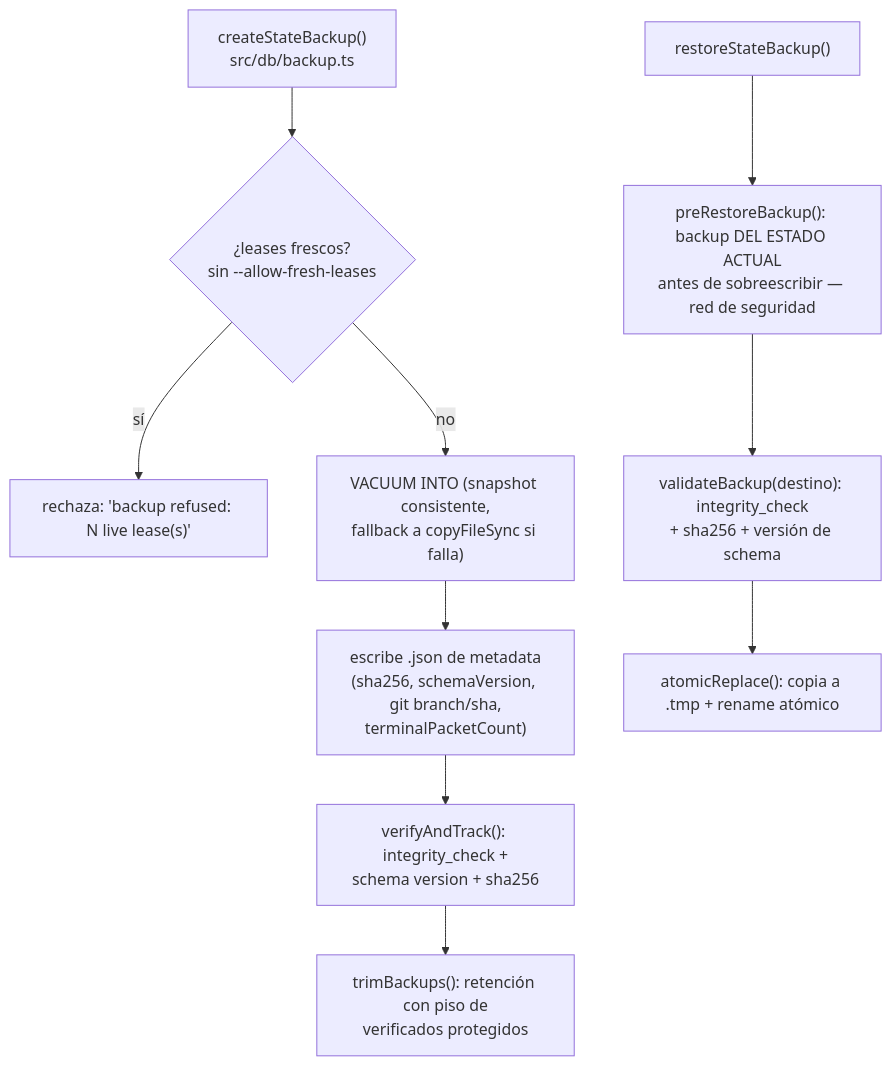
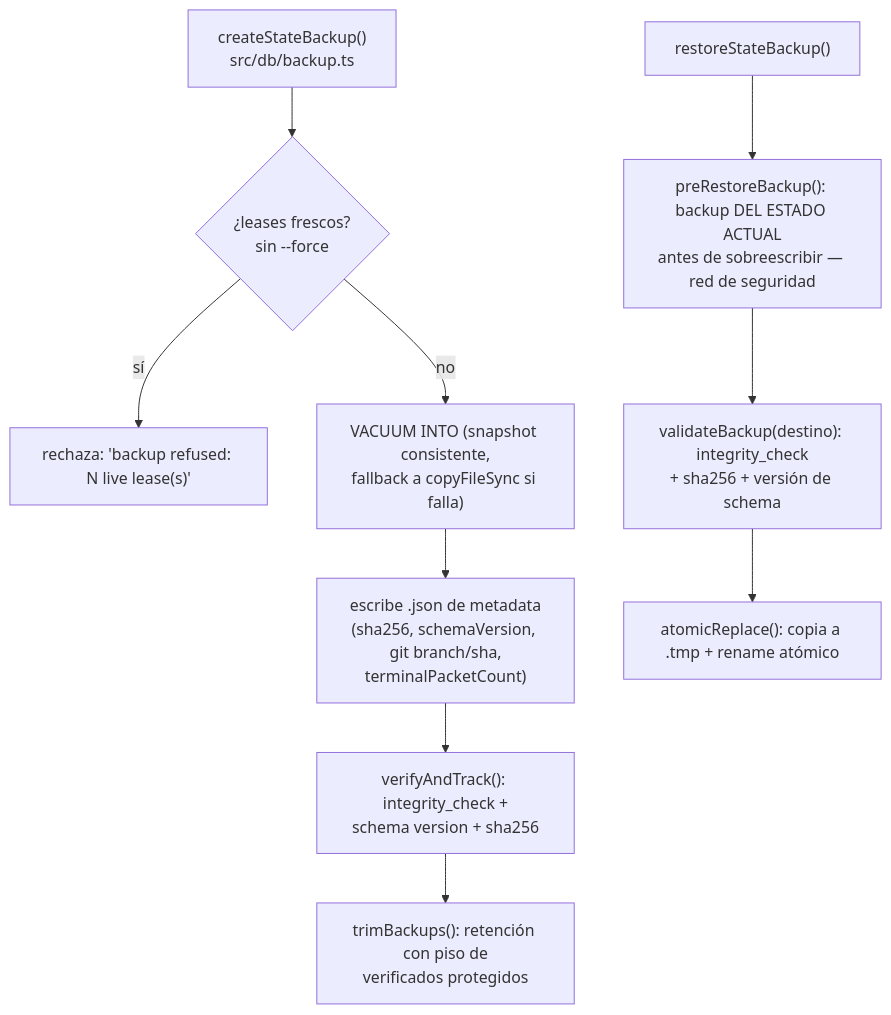
One commit to santiv343/sv-playbook changed the first of 2 diagrams in docs/codebase-guide/flows/flow-11-secondary-flows.md. Above: the diagram before and after it, drawn with Mermaid. The commit also changed other lines of this file and 10 other files, not shown here.

````diff
--- a/docs/codebase-guide/flows/flow-11-secondary-flows.md
+++ b/docs/codebase-guide/flows/flow-11-secondary-flows.md
@@ -18,20 +18,20 @@
 ```mermaid
 flowchart TB
     create["createStateBackup()<br/>src/db/backup.ts"]
-    leasecheck{"¿leases frescos?<br/>sin --allow-fresh-leases"}
+    leasecheck{"¿leases frescos?<br/>sin --force"}
     refuse["rechaza: 'backup refused: N live lease(s)'"]
     vacuum["VACUUM INTO (snapshot consistente,<br/>fallback a copyFileSync si falla)"]
     meta["escribe .json de metadata<br/>(sha256, schemaVersion, git branch/sha,<br/>terminalPacketCount)"]
     verify["verifyAndTrack(): integrity_check +<br/>schema version + sha256"]
     trim["trimBackups(): retención con piso de<br/>verificados protegidos"]
 
     restore["restoreStateBackup()"]
     prebackup["preRestoreBackup(): backup DEL ESTADO ACTUAL<br/>antes de sobreescribir — red de seguridad"]
     validate["validateBackup(destino): integrity_check<br/>+ sha256 + versión de schema"]
     atomic["atomicReplace(): copia a .tmp + rename atómico"]
 
     create --> leasecheck
     leasecheck -->|sí| refuse
     leasecheck -->|no| vacuum --> meta --> verify --> trim
     restore --> prebackup --> validate --> atomic
 ```
````
